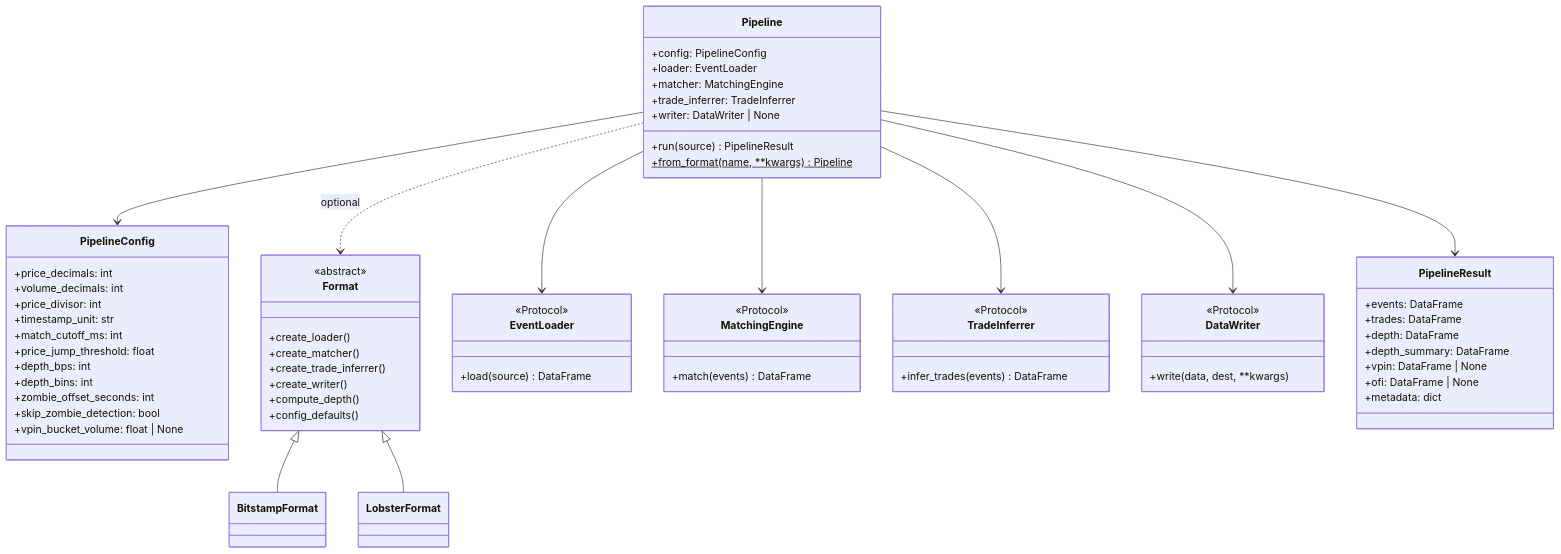
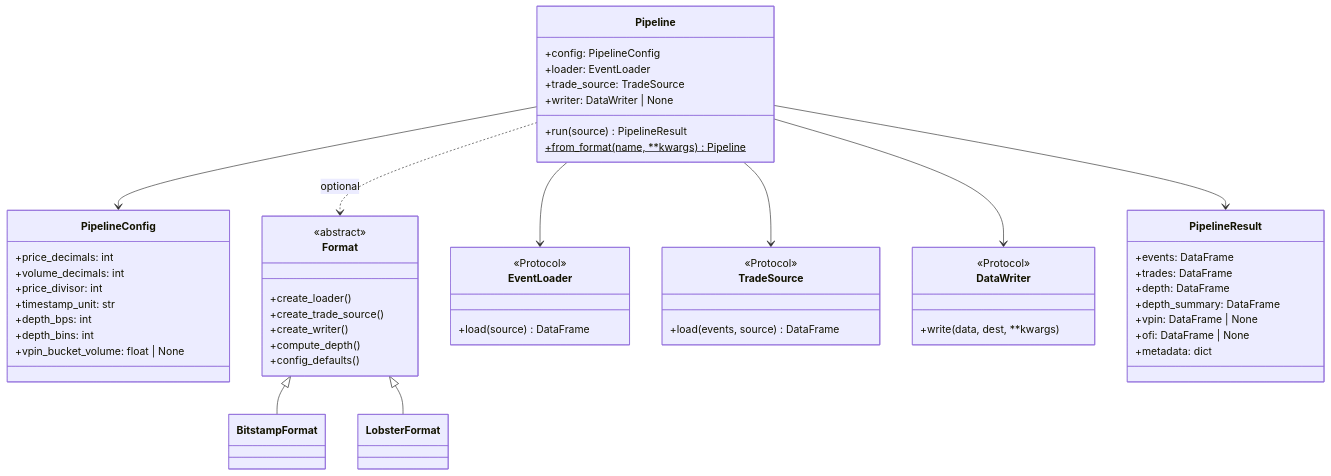
One commit to mczielinski/ob-analytics changed the diagram in ARCHITECTURE.md. Above: the diagram before and after it, drawn with Mermaid. The commit also changed other lines of this file and 9 other files, not shown here.

First line of the commit message:
docs: trade-source pipeline and legacy purge

````diff
--- a/ARCHITECTURE.md
+++ b/ARCHITECTURE.md
@@ -37,76 +35,65 @@
 ```mermaid
 classDiagram
     class Pipeline {
         +config: PipelineConfig
         +loader: EventLoader
-        +matcher: MatchingEngine
-        +trade_inferrer: TradeInferrer
+        +trade_source: TradeSource
         +writer: DataWriter | None
         +run(source) PipelineResult
         +from_format(name, **kwargs)$ Pipeline
     }
 
     class PipelineConfig {
         +price_decimals: int
         +volume_decimals: int
         +price_divisor: int
         +timestamp_unit: str
-        +match_cutoff_ms: int
-        +price_jump_threshold: float
         +depth_bps: int
         +depth_bins: int
-        +zombie_offset_seconds: int
-        +skip_zombie_detection: bool
         +vpin_bucket_volume: float | None
     }
 
     class Format {
         <<abstract>>
         +create_loader()
-        +create_matcher()
-        +create_trade_inferrer()
+        +create_trade_source()
         +create_writer()
         +compute_depth()
         +config_defaults()
     }
 
     class BitstampFormat
     class LobsterFormat
 
     class EventLoader {
         <<Protocol>>
         +load(source) DataFrame
     }
-    class MatchingEngine {
+    class TradeSource {
         <<Protocol>>
-        +match(events) DataFrame
-    }
-    class TradeInferrer {
-        <<Protocol>>
-        +infer_trades(events) DataFrame
+        +load(events, source) DataFrame
     }
     class DataWriter {
         <<Protocol>>
         +write(data, dest, **kwargs)
     }
 
     class PipelineResult {
         +events: DataFrame
         +trades: DataFrame
         +depth: DataFrame
         +depth_summary: DataFrame
         +vpin: DataFrame | None
         +ofi: DataFrame | None
         +metadata: dict
     }
 
     Pipeline --> PipelineConfig
     Pipeline --> EventLoader
-    Pipeline --> MatchingEngine
-    Pipeline --> TradeInferrer
+    Pipeline --> TradeSource
     Pipeline --> DataWriter
     Pipeline --> PipelineResult
     Pipeline ..> Format : optional
     Format <|-- BitstampFormat
     Format <|-- LobsterFormat
 ```
````
